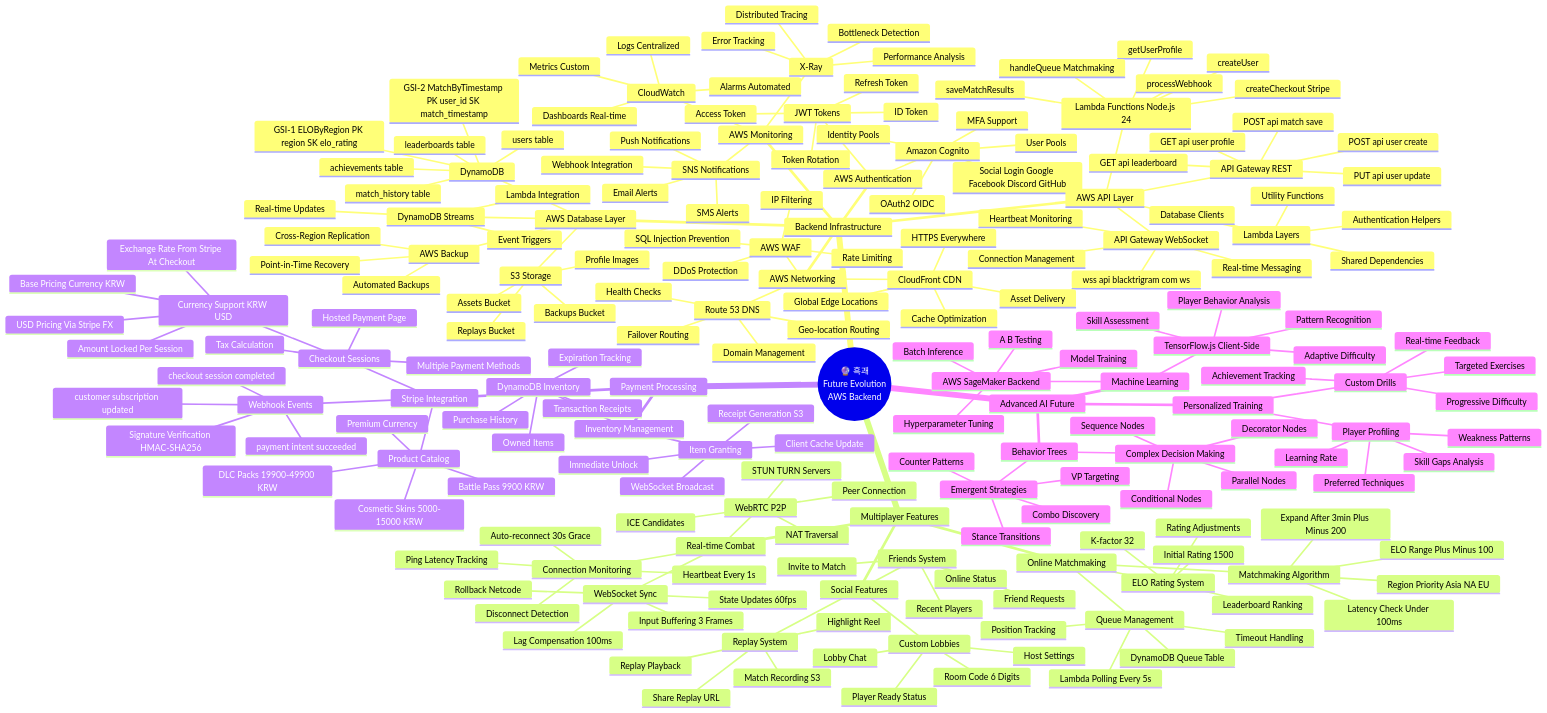
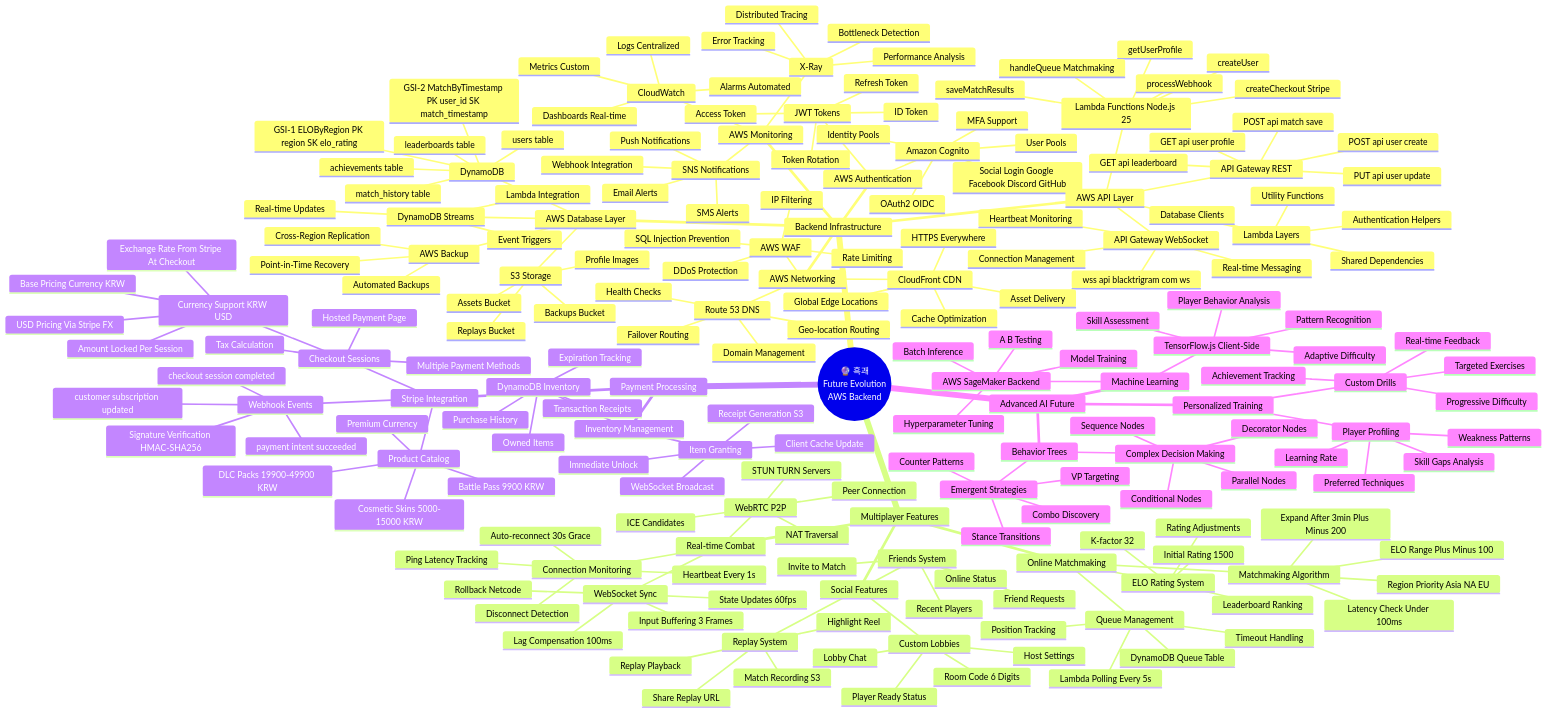
One commit to Hack23/blacktrigram changed the first of 4 diagrams in FUTURE_MINDMAP.md. Above: the diagram before and after it, drawn with Mermaid. The commit also changed 31 other files, not shown here.

```diff
--- a/FUTURE_MINDMAP.md
+++ b/FUTURE_MINDMAP.md
@@ -70,7 +70,7 @@
           Connection Management
           Real-time Messaging
           Heartbeat Monitoring
-        Lambda Functions Node.js 24
+        Lambda Functions Node.js 25
           getUserProfile
           createUser
           saveMatchResults
```
